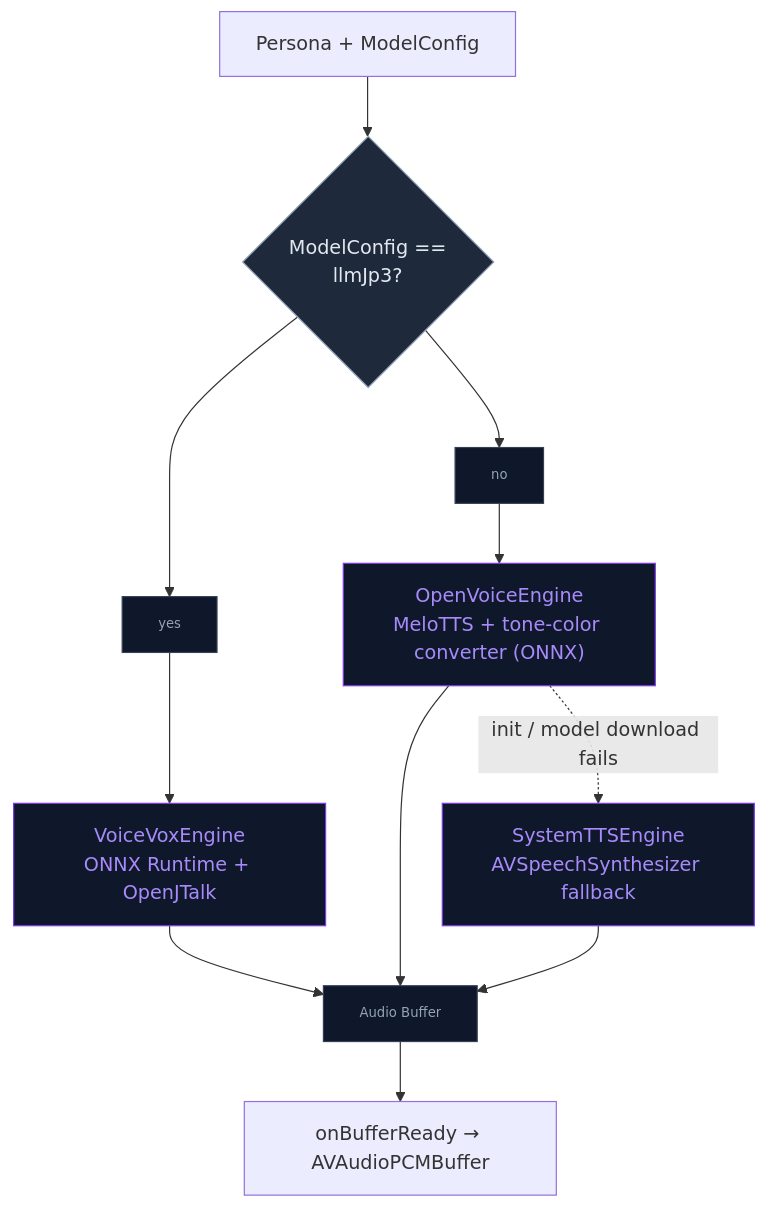
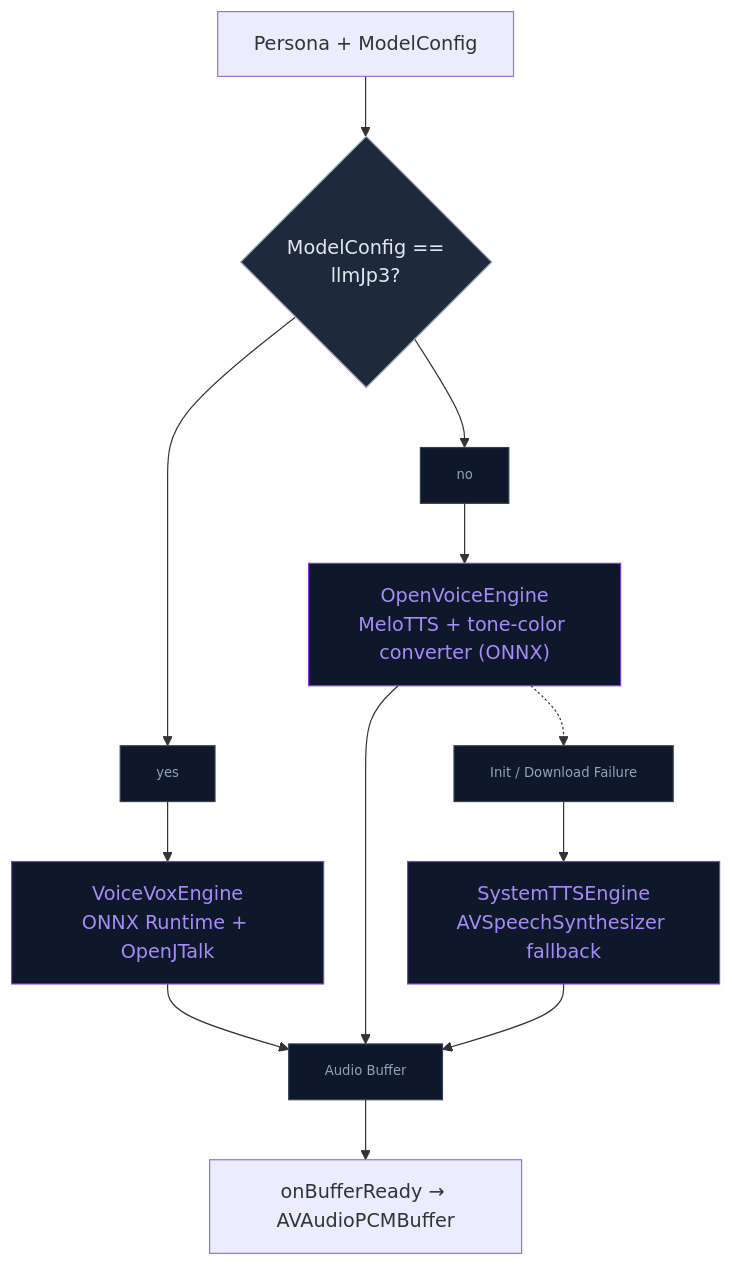
Before and after one commit to kevinliddel/NeuraLink: the first of 4 diagrams in docs/LLM_VOICE.md, drawn with Mermaid.

Commit message:
docs: update LLM_VOICE mermaid diagram to clarify failure path and node formatting

````diff
--- a/docs/LLM_VOICE.md
+++ b/docs/LLM_VOICE.md
@@ -24,25 +24,25 @@
 ```mermaid
 flowchart TD
-    Start["Persona + ModelConfig"] --> Q2{"ModelConfig ==\nllmJp3?"}
+    Start["Persona + ModelConfig"] --> Q2{"ModelConfig ==<br/>llmJp3?"}
 
-    Q2 --> D3["yes"] --> VV["VoiceVoxEngine\nONNX Runtime + OpenJTalk"]
-    Q2 --> D4["no"] --> OV["OpenVoiceEngine\nMeloTTS + tone-color converter (ONNX)"]
+    Q2 --> D3["yes"] --> VV["VoiceVoxEngine<br/>ONNX Runtime + OpenJTalk"]
+    Q2 --> D4["no"] --> OV["OpenVoiceEngine<br/>MeloTTS + tone-color converter (ONNX)"]
 
-    OV -.->|"init / model download fails"| SYS["SystemTTSEngine\nAVSpeechSynthesizer fallback"]
+    OV -.-> D5["Init / Download Failure"] --> SYS["SystemTTSEngine<br/>AVSpeechSynthesizer fallback"]
 
     VV --> D7["Audio Buffer"] --> Done["onBufferReady → AVAudioPCMBuffer"]
     OV --> D7
     SYS --> D7
 
     %% Engine styles
     classDef engine fill:#0f172a,stroke:#7c3aed,color:#a78bfa
     class VV,OV,SYS engine
 
     %% Decision nodes
     classDef decision fill:#1e293b,stroke:#94a3b8,color:#e2e8f0
     class Q2 decision
 
-    %% Data / flow nodes (consistent with your other diagrams)
+    %% Data / flow nodes (consistent)
     classDef data fill:#0f172a,stroke:#334155,color:#94a3b8,font-size:11px
-    class D3,D4,D7 data
+    class D3,D4,D5,D7 data
 ```
````
